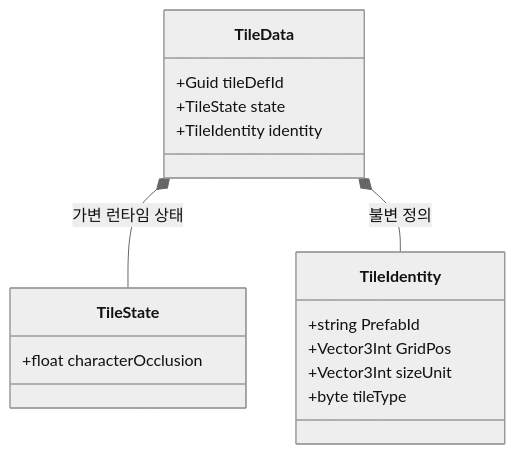
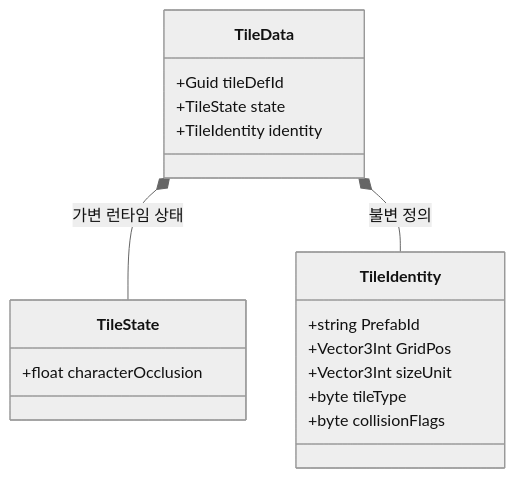
Before and after one commit to garunnir/Project_Pictureless: the diagram in Assets/Dist/Scripts/Map/Internal/DATA.md, drawn with Mermaid (neutral theme). The commit also changed other lines of this file and 40 other files, not shown here.

````diff
--- a/Assets/Dist/Scripts/Map/Internal/DATA.md
+++ b/Assets/Dist/Scripts/Map/Internal/DATA.md
@@ -5,20 +5,21 @@
 ```mermaid
 classDiagram
     class TileData {
         +Guid tileDefId
         +TileState state
         +TileIdentity identity
     }
     class TileState {
         +float characterOcclusion
     }
     class TileIdentity {
         +string PrefabId
         +Vector3Int GridPos
         +Vector3Int sizeUnit
         +byte tileType
+        +byte collisionFlags
     }
 
     TileData *-- TileState : 가변 런타임 상태
     TileData *-- TileIdentity : 불변 정의
 ```
````
